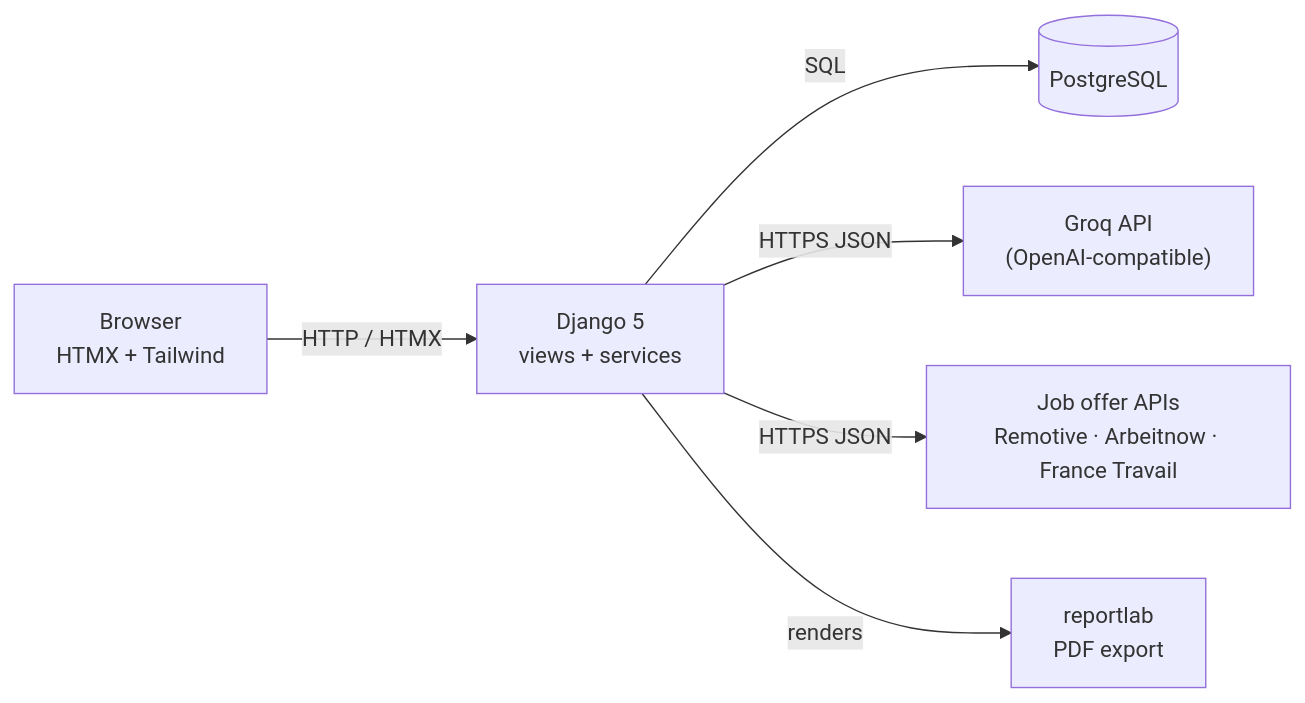
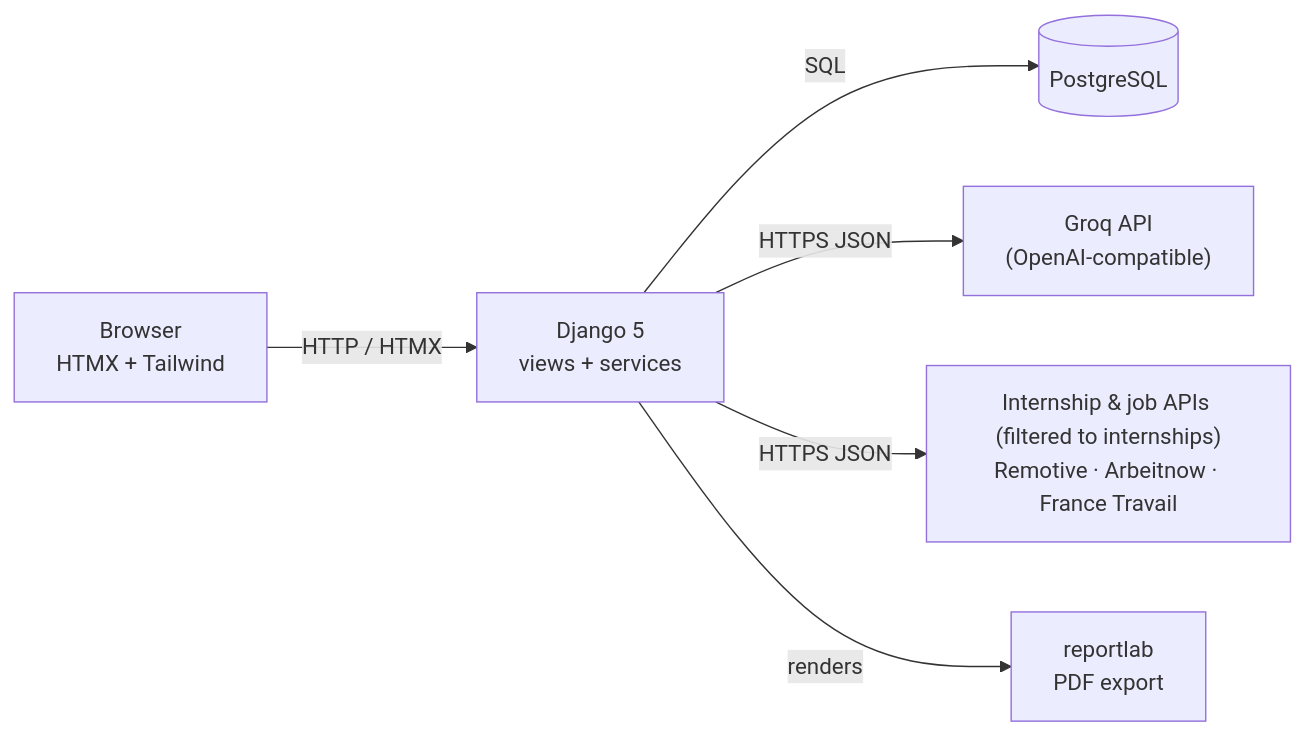
The diagram in README.md (yahyabaidar/jobpilot), drawn with Mermaid before and after one commit. The commit also changed other lines of this file and 2 other files, not shown here.

Commit message:
docs: reframe project around internship search

````diff
--- a/README.md
+++ b/README.md
@@ -87,8 +98,8 @@
 ```mermaid
 flowchart LR
     Browser["Browser<br/>HTMX + Tailwind"] -->|HTTP / HTMX| Django["Django 5<br/>views + services"]
     Django -->|SQL| Postgres[("PostgreSQL")]
     Django -->|HTTPS JSON| LLM["Groq API<br/>(OpenAI-compatible)"]
-    Django -->|HTTPS JSON| Jobs["Job offer APIs<br/>Remotive · Arbeitnow · France Travail"]
+    Django -->|HTTPS JSON| Jobs["Internship & job APIs (filtered to internships)<br/>Remotive · Arbeitnow · France Travail"]
     Django -->|renders| PDF["reportlab<br/>PDF export"]
 ```
````
